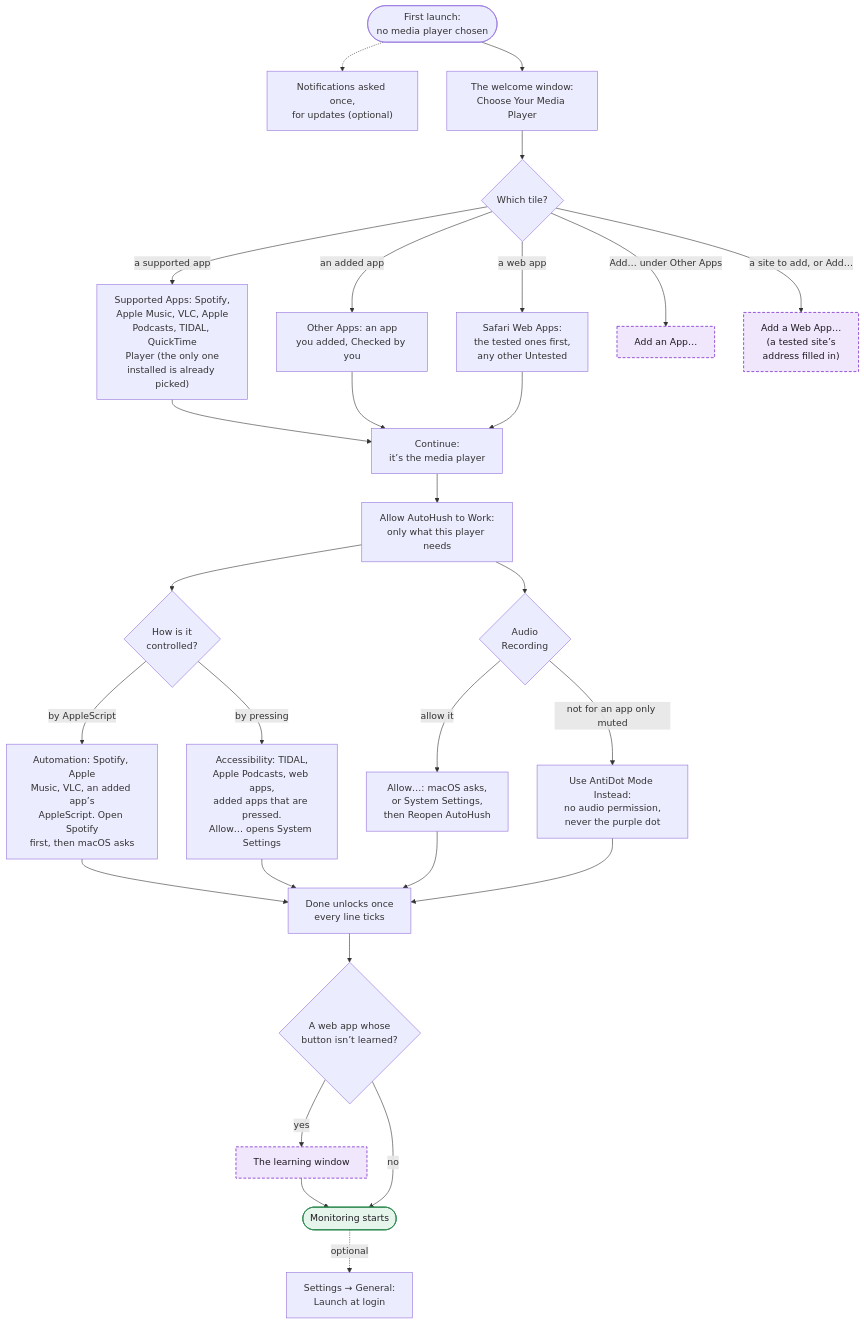
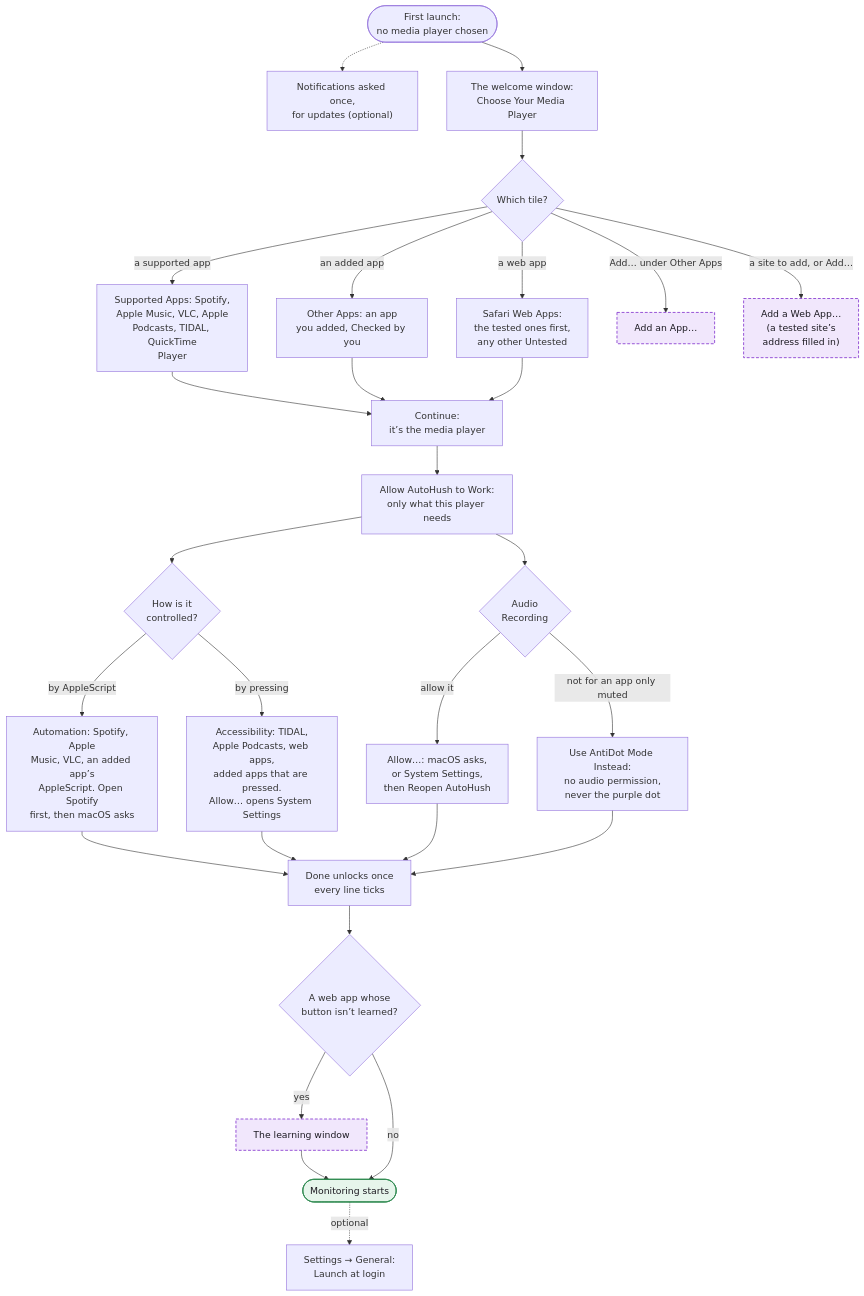
Before and after one commit to hfustercabre/AutoHush: the second of 14 diagrams in WORKFLOWS.md, drawn with Mermaid. The commit also changed other lines of this file and 157 other files, not shown here.

````diff
--- a/WORKFLOWS.md
+++ b/WORKFLOWS.md
@@ -77,54 +77,54 @@
 ```mermaid
 flowchart TD
   A(["First launch:<br/>no media player chosen"])
   NT["Notifications asked once,<br/>for updates (optional)"]
   W["The welcome window:<br/>Choose Your Media Player"]
   K{"Which tile?"}
-  SUP["Supported Apps: Spotify,<br/>Apple Music, VLC, Apple<br/>Podcasts, TIDAL, QuickTime<br/>Player (the only one<br/>installed is already picked)"]
+  SUP["Supported Apps: Spotify,<br/>Apple Music, VLC, Apple<br/>Podcasts, TIDAL, QuickTime<br/>Player"]
   OTH["Other Apps: an app<br/>you added, Checked by you"]
   WEB["Safari Web Apps:<br/>the tested ones first,<br/>any other Untested"]
   ADDAPP["Add an App…"]
   ADDWEB["Add a Web App…<br/>(a tested site’s<br/>address filled in)"]
   CONT["Continue:<br/>it’s the media player"]
   PERM["Allow AutoHush to Work:<br/>only what this player needs"]
   CTRL{"How is it<br/>controlled?"}
   AUT["Automation: Spotify, Apple<br/>Music, VLC, an added app’s<br/>AppleScript. Open Spotify<br/>first, then macOS asks"]
   ACC["Accessibility: TIDAL,<br/>Apple Podcasts, web apps,<br/>added apps that are pressed.<br/>Allow… opens System Settings"]
   AUD{"Audio<br/>Recording"}
   ALW["Allow…: macOS asks,<br/>or System Settings,<br/>then Reopen AutoHush"]
   ANT["Use AntiDot Mode Instead:<br/>no audio permission,<br/>never the purple dot"]
   DONE["Done unlocks once<br/>every line ticks"]
   LRN{"A web app whose<br/>button isn’t learned?"}
   LW["The learning window"]
   RUN(["Monitoring starts"])
   LOG["Settings → General:<br/>Launch at login"]
 
   A --> W
   A -.-> NT
   W --> K
   K -->|"a supported app"| SUP --> CONT
   K -->|"an added app"| OTH --> CONT
   K -->|"a web app"| WEB --> CONT
   K -->|"Add… under Other Apps"| ADDAPP
   K -->|"a site to add, or Add…"| ADDWEB
   CONT --> PERM
   PERM --> CTRL
   PERM --> AUD
   CTRL -->|"by AppleScript"| AUT
   CTRL -->|"by pressing"| ACC
   AUD -->|"allow it"| ALW
   AUD -->|"not for an app only muted"| ANT
   AUT --> DONE
   ACC --> DONE
   ALW --> DONE
   ANT --> DONE
   DONE --> LRN
   LRN -->|"yes"| LW --> RUN
   LRN -->|"no"| RUN
   RUN -.->|"optional"| LOG
 
   class ADDAPP,ADDWEB,LW ref
   class RUN done
   classDef ref fill:#f1e7fc,stroke:#8a3fd1,stroke-width:1.5px,stroke-dasharray: 5 3,color:#1d1b22
   classDef done fill:#e6f5eb,stroke:#2f8a50,stroke-width:1.5px,color:#1d1b22
 ```
````
